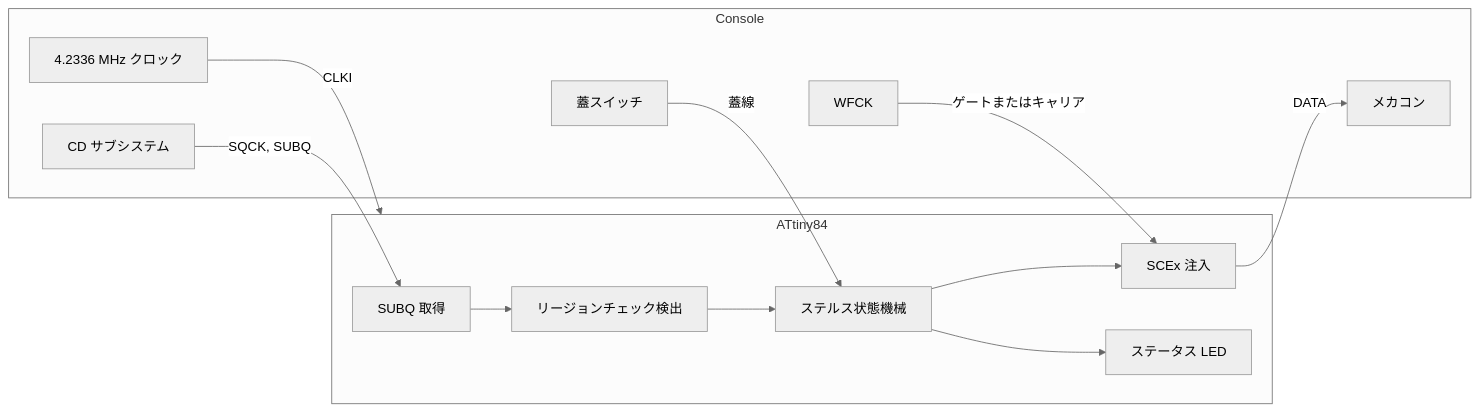
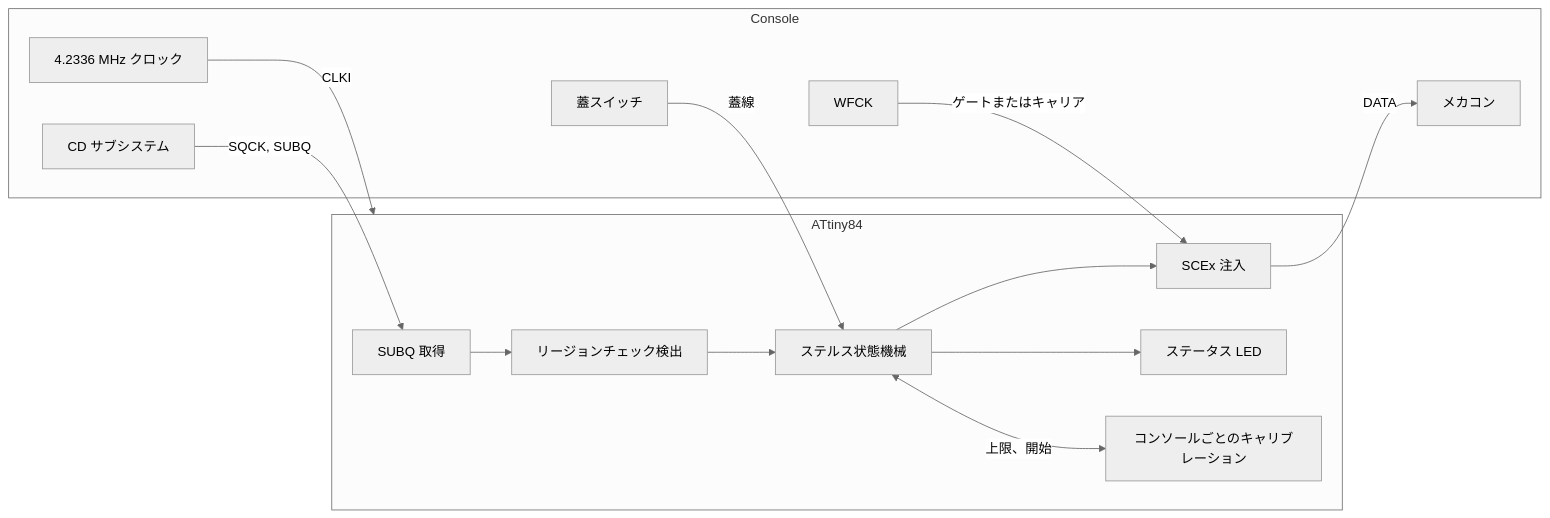
Before and after one commit to gufranco/openscex-modchip: the diagram in README.ja.md, drawn with Mermaid (neutral theme). The commit also changed other lines of this file and 2 other files, not shown here.

````diff
--- a/README.ja.md
+++ b/README.ja.md
@@ -46,24 +46,26 @@
 ```mermaid
 graph LR
     subgraph Console
         CD[CD サブシステム]
         CLK[4.2336 MHz クロック]
         LID[蓋スイッチ]
         WF[WFCK]
         MECH[メカコン]
     end
     subgraph ATtiny84
         CAP[SUBQ 取得]
         DET[リージョンチェック検出]
         ST[ステルス状態機械]
         INJ[SCEx 注入]
         LED[ステータス LED]
+        CAL[コンソールごとのキャリブレーション]
     end
     CD -->|SQCK, SUBQ| CAP
     CAP --> DET --> ST --> INJ
     ST --> LED
+    ST <-->|上限、開始| CAL
     LID -->|蓋線| ST
     WF -->|ゲートまたはキャリア| INJ
     CLK -->|CLKI| ATtiny84
     INJ -->|DATA| MECH
 ```
````
